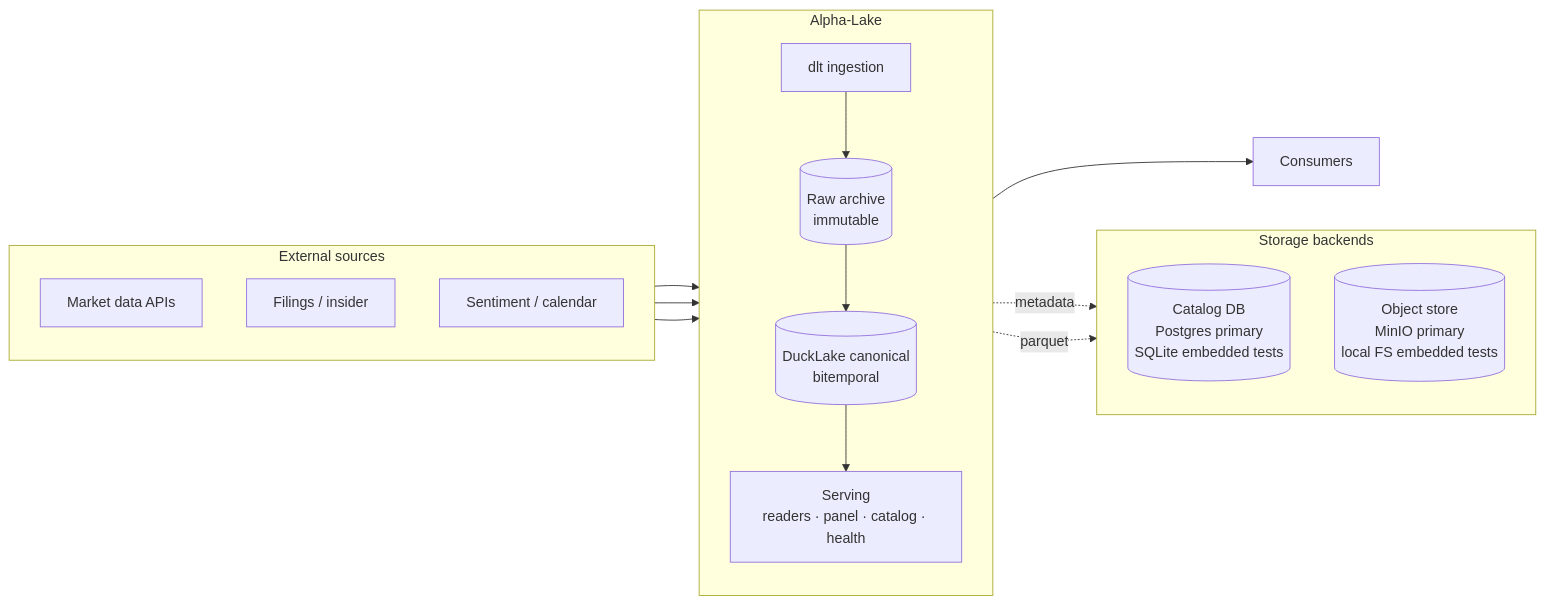
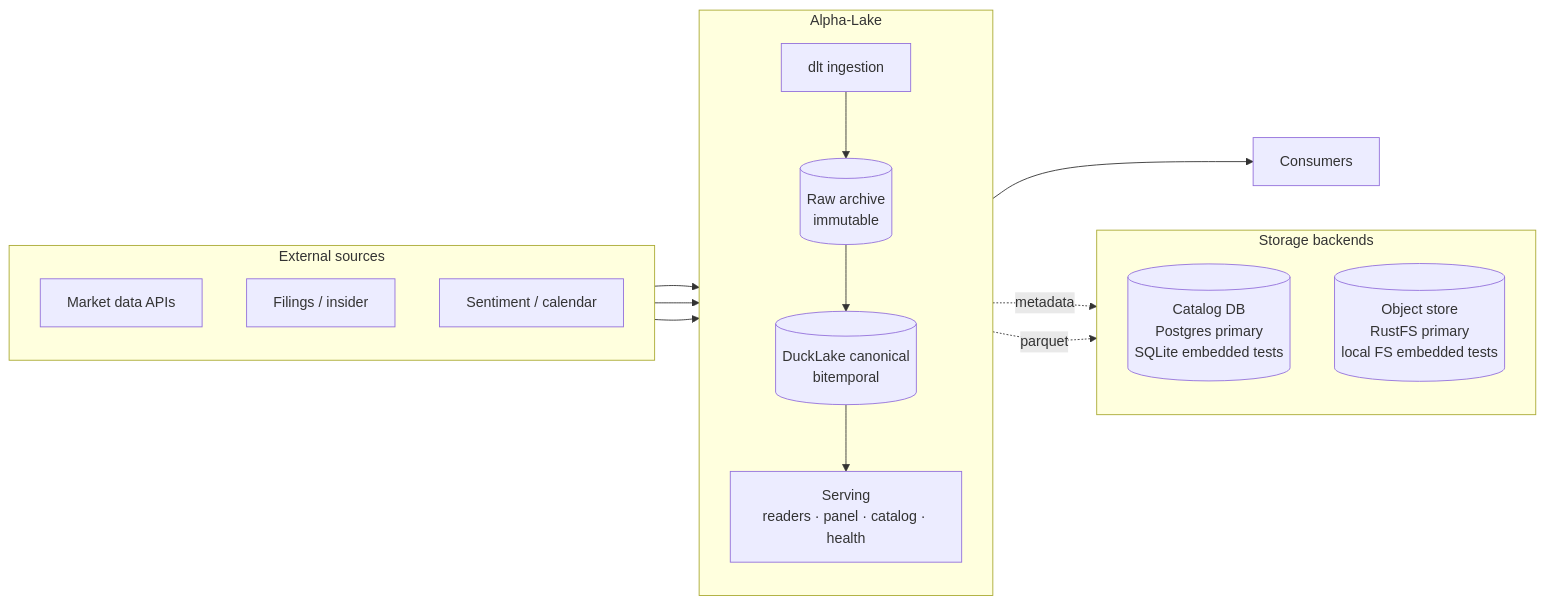
One commit to mblaauw/alpha-lake changed the first of 6 diagrams in docs/DESIGN.md. Above: the diagram before and after it, drawn with Mermaid. The commit also changed other lines of this file and 8 other files, not shown here.

````diff
--- a/docs/DESIGN.md
+++ b/docs/DESIGN.md
@@ -50,25 +50,25 @@
 ```mermaid
 flowchart LR
   subgraph SRC[External sources]
     direction TB
     S1[Market data APIs]
     S2[Filings / insider]
     S3[Sentiment / calendar]
   end
   subgraph LAKE[Alpha-Lake]
     direction TB
     ING[dlt ingestion]
     RAW[(Raw archive<br/>immutable)]
     CAN[(DuckLake canonical<br/>bitemporal)]
     SRV[Serving<br/>readers · panel · catalog · health]
   end
   subgraph STORE[Storage backends]
     direction TB
     CAT[(Catalog DB<br/>Postgres primary<br/>SQLite embedded tests)]
-    OBJ[(Object store<br/>MinIO primary<br/>local FS embedded tests)]
+    OBJ[(Object store<br/>RustFS primary<br/>local FS embedded tests)]
   end
   CON[Consumers]
   S1 & S2 & S3 --> ING --> RAW --> CAN --> SRV --> CON
   CAN -. metadata .-> CAT
   CAN -. parquet .-> OBJ
 ```
````
